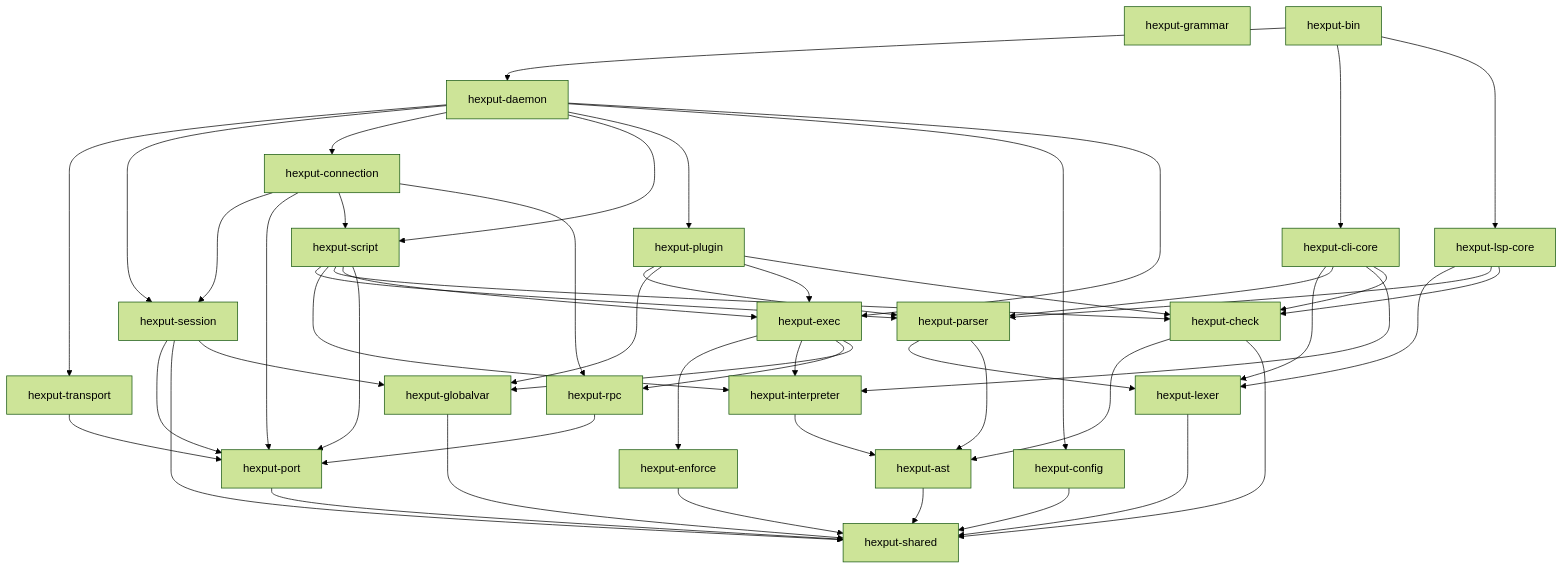
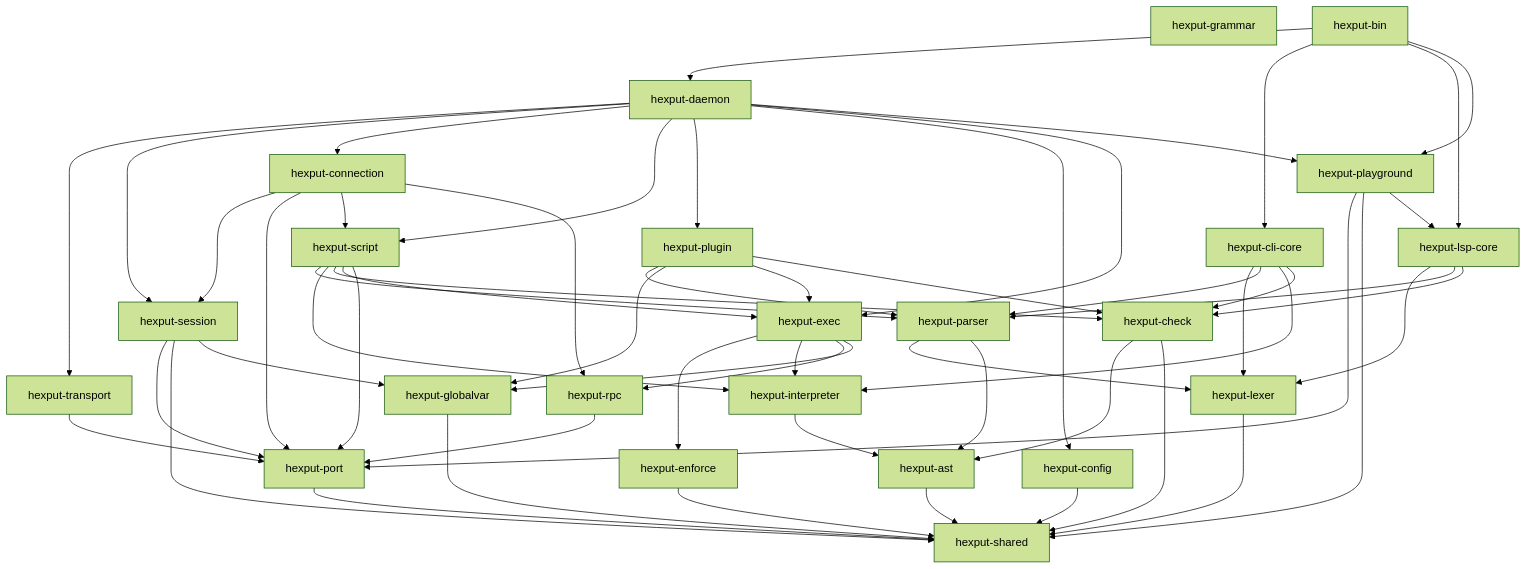
Before and after one commit to hexput/hexput: the second of 3 diagrams in _bmad-output/planning-artifacts/architecture/architecture-hexput-2026-09-18/ARCHITECTURE-SPINE.md, drawn with Mermaid (forest theme). The commit also changed other lines of this file and 7 other files, not shown here.

````diff
--- a/_bmad-output/planning-artifacts/architecture/architecture-hexput-2026-09-18/ARCHITECTURE-SPINE.md
+++ b/_bmad-output/planning-artifacts/architecture/architecture-hexput-2026-09-18/ARCHITECTURE-SPINE.md
@@ -204,60 +206,65 @@
 ```mermaid
 graph TD
   shared[hexput-shared]
 
   ast[hexput-ast] --> shared
   lexer[hexput-lexer] --> shared
   parser[hexput-parser] --> lexer
   parser --> ast
   interp[hexput-interpreter] --> ast
   check[hexput-check] --> ast
   check --> shared
   clicore[hexput-cli-core] --> lexer
   clicore --> parser
   clicore --> interp
   clicore --> check
 
   transport[hexput-transport] --> port[hexput-port]
   port --> shared
   session[hexput-session] --> port
   session --> shared
   conn[hexput-connection] --> session
   conn --> port
   conn --> script
   conn --> rpc
   session --> globalvar
   script[hexput-script] --> parser
   script --> interp
   script --> check
   script --> exec[hexput-exec]
   script --> port
   plugin[hexput-plugin] --> parser
   plugin --> globalvar[hexput-globalvar]
   plugin --> exec
   plugin --> check
   globalvar --> shared
   exec --> enforce[hexput-enforce]
   exec --> interp
   exec --> rpc[hexput-rpc]
   exec --> globalvar
   enforce --> shared
   rpc --> port
   config[hexput-config] --> shared
 
   daemon[hexput-daemon] --> transport
   daemon --> session
   daemon --> conn
   daemon --> script
   daemon --> plugin
   daemon --> config
   daemon --> exec
 
   grammar[hexput-grammar]
   lspcore[hexput-lsp-core] --> lexer
   lspcore --> parser
   lspcore --> check
 
   bin[hexput-bin] --> daemon
   bin --> clicore
   bin --> lspcore
+  playground[hexput-playground] --> port
+  playground --> shared
+  playground --> lspcore
+  daemon --> playground
+  bin --> playground
 ```
````
